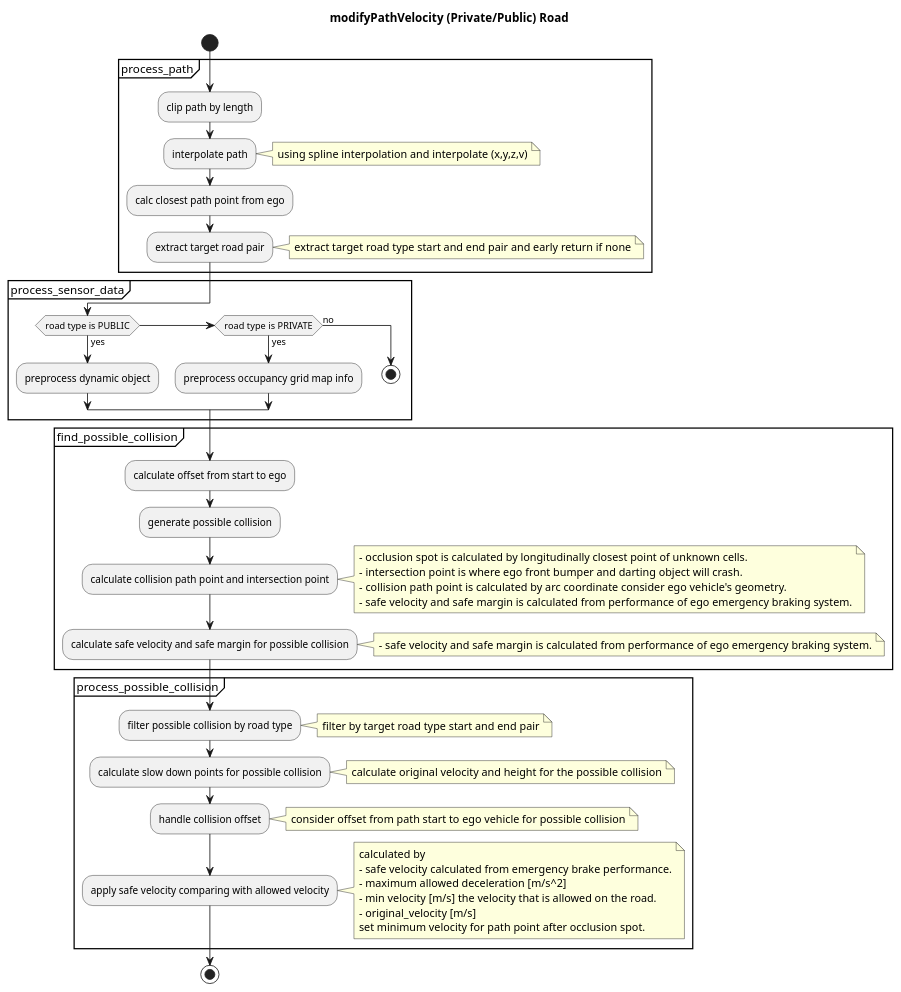
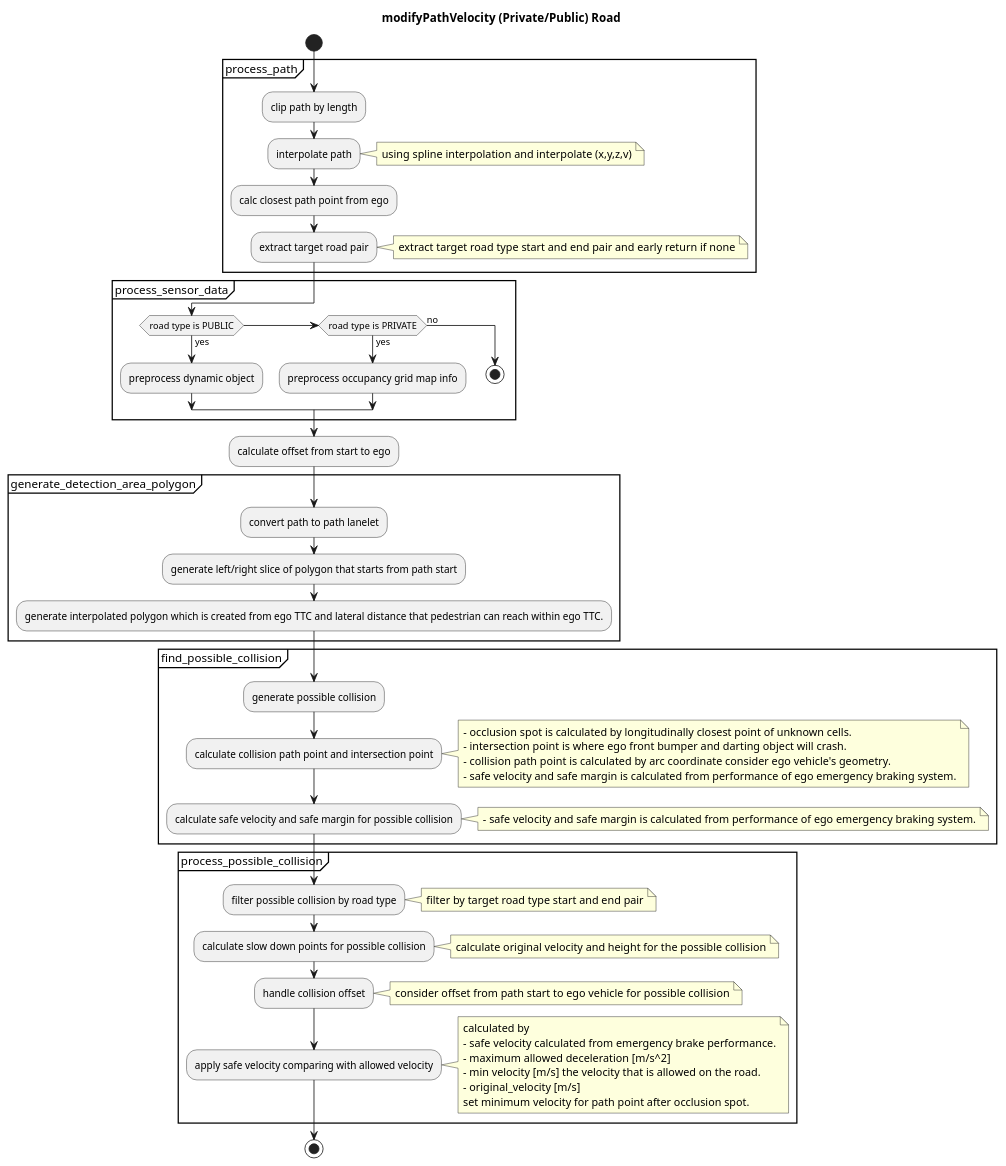
Before and after one commit to autowarefoundation/autoware.universe: the first of 3 diagrams in planning/behavior_velocity_planner/occlusion-spot-design.md, drawn with PlantUML. The commit also changed other lines of this file and 1 other file, not shown here.

Commit message:
chore(behavior_velocity): add description of detection area polygon

````diff
--- a/planning/behavior_velocity_planner/occlusion-spot-design.md
+++ b/planning/behavior_velocity_planner/occlusion-spot-design.md
@@ -111,68 +111,73 @@
 ```plantuml
 @startuml
 title modifyPathVelocity (Private/Public) Road
 start
 
 partition process_path {
 :clip path by length;
 :interpolate path;
 note right
   using spline interpolation and interpolate (x,y,z,v)
 end note
 :calc closest path point from ego;
 :extract target road pair;
 note right
 extract target road type start and end pair and early return if none
 end note
 }
 
 partition process_sensor_data {
 if (road type is PUBLIC) then (yes)
   :preprocess dynamic object;
 else if (road type is PRIVATE) then (yes)
   :preprocess occupancy grid map info;
 else (no)
   stop
 endif
 }
+:calculate offset from start to ego;
+partition generate_detection_area_polygon {
+:convert path to path lanelet;
+:generate left/right slice of polygon that starts from path start;
+:generate interpolated polygon which is created from ego TTC and lateral distance that pedestrian can reach within ego TTC.;
+}
 partition find_possible_collision {
-:calculate offset from start to ego;
 :generate possible collision;
 :calculate collision path point and intersection point;
 note right
   - occlusion spot is calculated by longitudinally closest point of unknown cells.
   - intersection point is where ego front bumper and darting object will crash.
   - collision path point is calculated by arc coordinate consider ego vehicle's geometry.
   - safe velocity and safe margin is calculated from performance of ego emergency braking system.
 end note
 :calculate safe velocity and safe margin for possible collision;
 note right
   - safe velocity and safe margin is calculated from performance of ego emergency braking system.
 end note
 }
 partition process_possible_collision {
 :filter possible collision by road type;
 note right
 filter by target road type start and end pair
 end note
 :calculate slow down points for possible collision;
 note right
 calculate original velocity and height for the possible collision
 end note
 :handle collision offset;
 note right
 consider offset from path start to ego vehicle for possible collision
 end note
 :apply safe velocity comparing with allowed velocity;
 note right
 calculated by
 - safe velocity calculated from emergency brake performance.
 - maximum allowed deceleration [m/s^2]
 - min velocity [m/s] the velocity that is allowed on the road.
 - original_velocity [m/s]
 set minimum velocity for path point after occlusion spot.
 end note
 }
 stop
 @enduml
 ```
````
